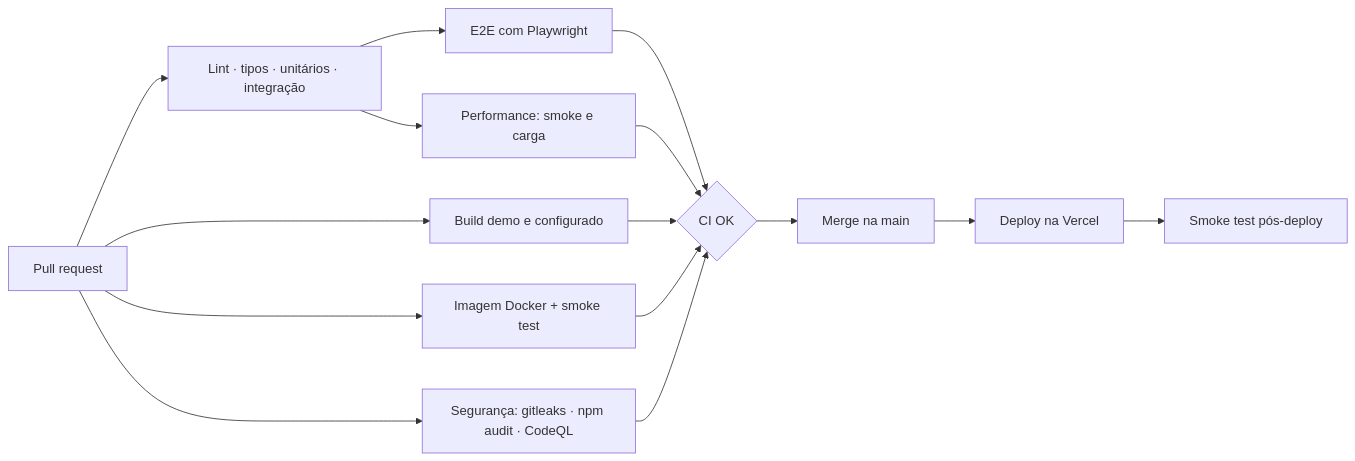
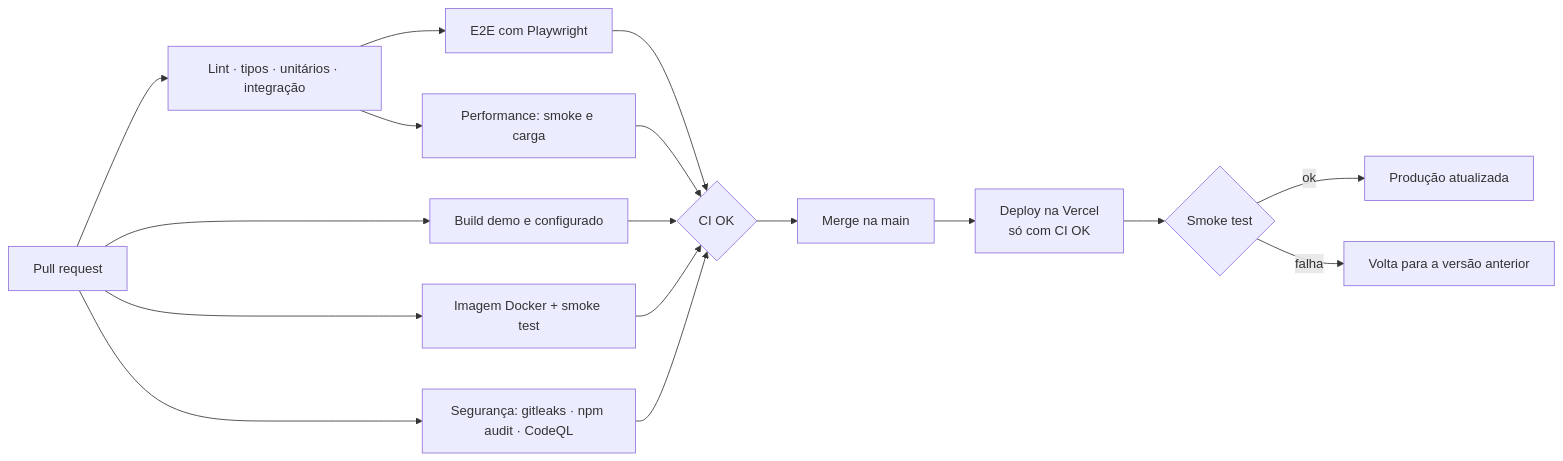
One commit to LuisGlauser/RateMedia changed the diagram in README.md. Above: the diagram before and after it, drawn with Mermaid. The commit also changed other lines of this file and 4 other files, not shown here.

````diff
--- a/README.md
+++ b/README.md
@@ -78,17 +78,19 @@
 ```mermaid
 flowchart LR
   PR[Pull request] --> Q[Lint · tipos · unitários · integração]
   PR --> B[Build demo e configurado]
   PR --> D[Imagem Docker + smoke test]
   PR --> S[Segurança: gitleaks · npm audit · CodeQL]
   Q --> E2E[E2E com Playwright]
   Q --> P[Performance: smoke e carga]
   E2E --> OK{CI OK}
   P --> OK
   B --> OK
   D --> OK
   S --> OK
   OK --> M[Merge na main]
-  M --> V[Deploy na Vercel]
-  V --> PD[Smoke test pós-deploy]
+  M --> V[Deploy na Vercel<br/>só com CI OK]
+  V --> PD{Smoke test}
+  PD -- ok --> PROD[Produção atualizada]
+  PD -- falha --> RB[Volta para a versão anterior]
 ```
````
